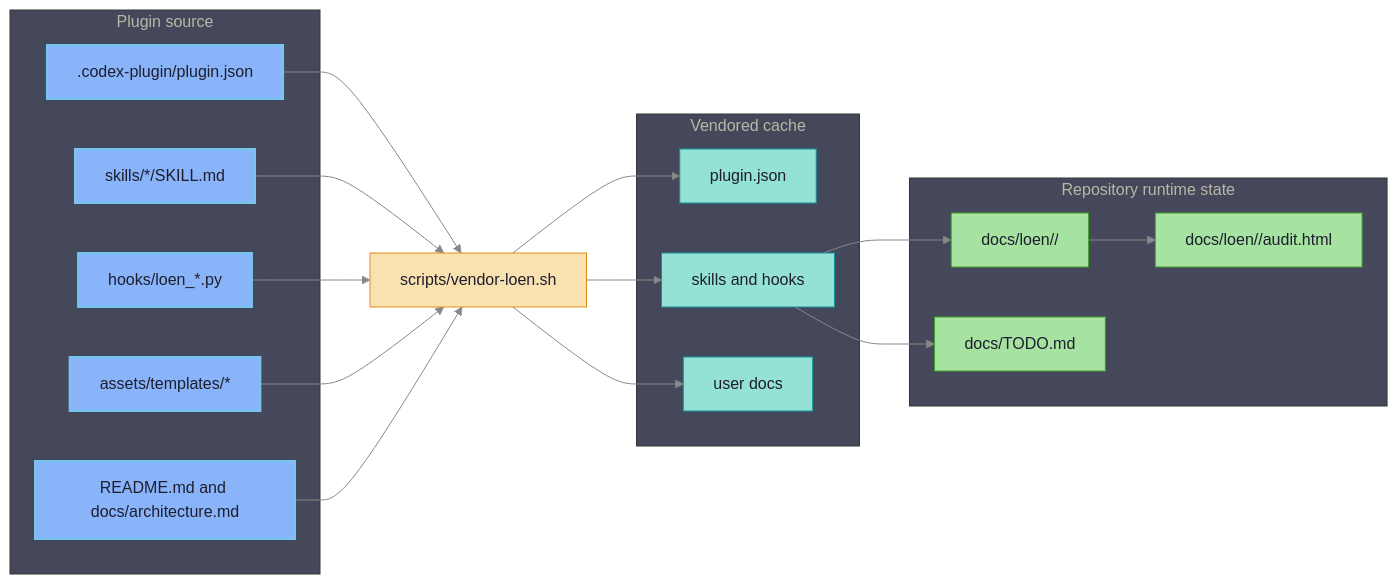
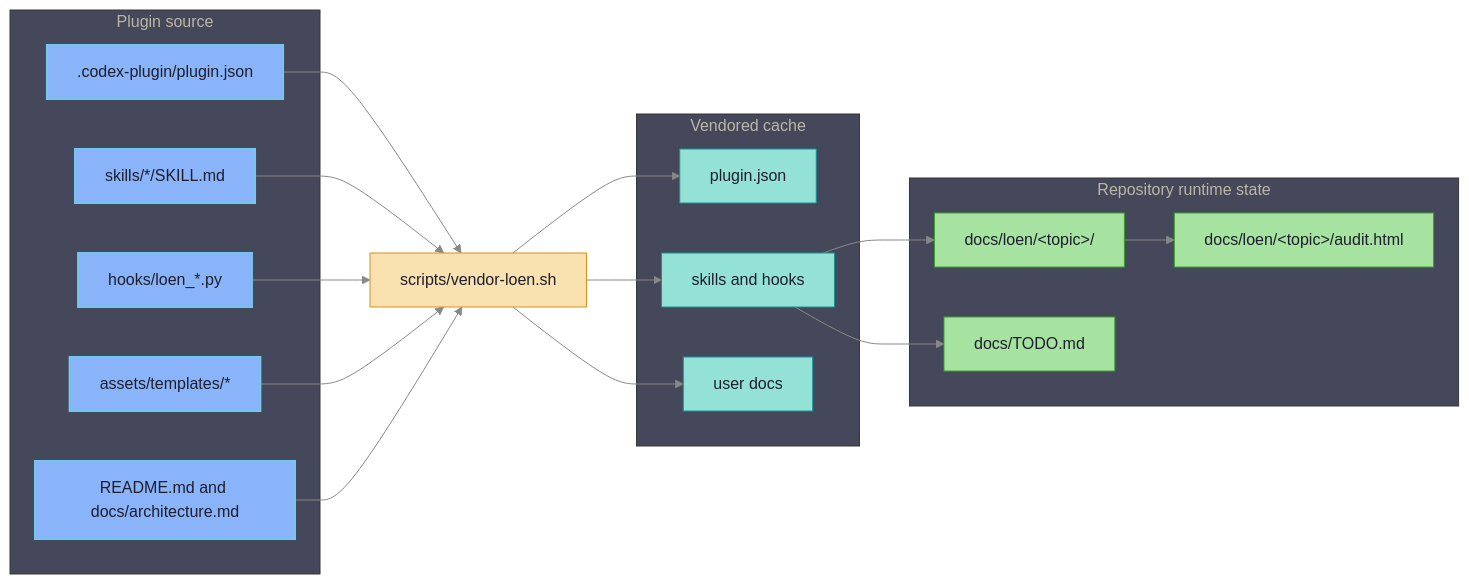
Before and after one commit to ikeniborn/icodex: the first of 3 diagrams in .codex-isolated/plugins/cache/icodex-local/loen/0.1.0/docs/architecture.md, drawn with Mermaid. The commit also changed other lines of this file and 6 other files, not shown here.

Commit message:
docs(loen): escape topic in mermaid labels

````diff
--- a/.codex-isolated/plugins/cache/icodex-local/loen/0.1.0/docs/architecture.md
+++ b/.codex-isolated/plugins/cache/icodex-local/loen/0.1.0/docs/architecture.md
@@ -8,46 +8,46 @@
 ```mermaid
 %%{init: {'theme': 'base', 'themeVariables': {'background': '#1e1e2e', 'primaryColor': '#313244', 'primaryTextColor': '#cdd6f4', 'primaryBorderColor': '#89b4fa', 'lineColor': '#888888', 'secondaryColor': '#181825', 'tertiaryColor': '#45475a'}}}%%
 flowchart LR
     subgraph src["Plugin source"]
         Manifest[".codex-plugin/plugin.json"]
         Skills["skills/*/SKILL.md"]
         Hooks["hooks/loen_*.py"]
         Templates["assets/templates/*"]
         Docs["README.md and docs/architecture.md"]
     end
 
     Vendor["scripts/vendor-loen.sh"]
 
     subgraph cache["Vendored cache"]
         CacheManifest["plugin.json"]
         CacheSkills["skills and hooks"]
         CacheDocs["user docs"]
     end
 
     subgraph runtime["Repository runtime state"]
-        Topic["docs/loen/<topic>/"]
-        TopicAudit["docs/loen/<topic>/audit.html"]
+        Topic["docs/loen/&lt;topic&gt;/"]
+        TopicAudit["docs/loen/&lt;topic&gt;/audit.html"]
         Todo["docs/TODO.md"]
     end
 
     Manifest --> Vendor
     Skills --> Vendor
     Hooks --> Vendor
     Templates --> Vendor
     Docs --> Vendor
     Vendor --> CacheManifest
     Vendor --> CacheSkills
     Vendor --> CacheDocs
     CacheSkills --> Topic
     Topic --> TopicAudit
     CacheSkills --> Todo
 
     classDef source fill:#89b4fa,color:#1e1e2e,stroke:#74c7ec,stroke-width:2px
     classDef process fill:#f9e2af,color:#1e1e2e,stroke:#df8e1d
     classDef cache fill:#94e2d5,color:#1e1e2e,stroke:#179299
     classDef runtime fill:#a6e3a1,color:#1e1e2e,stroke:#40a02b
     class Manifest,Skills,Hooks,Templates,Docs source
     class Vendor process
     class CacheManifest,CacheSkills,CacheDocs cache
     class Topic,TopicAudit,Todo runtime
 ```
````
